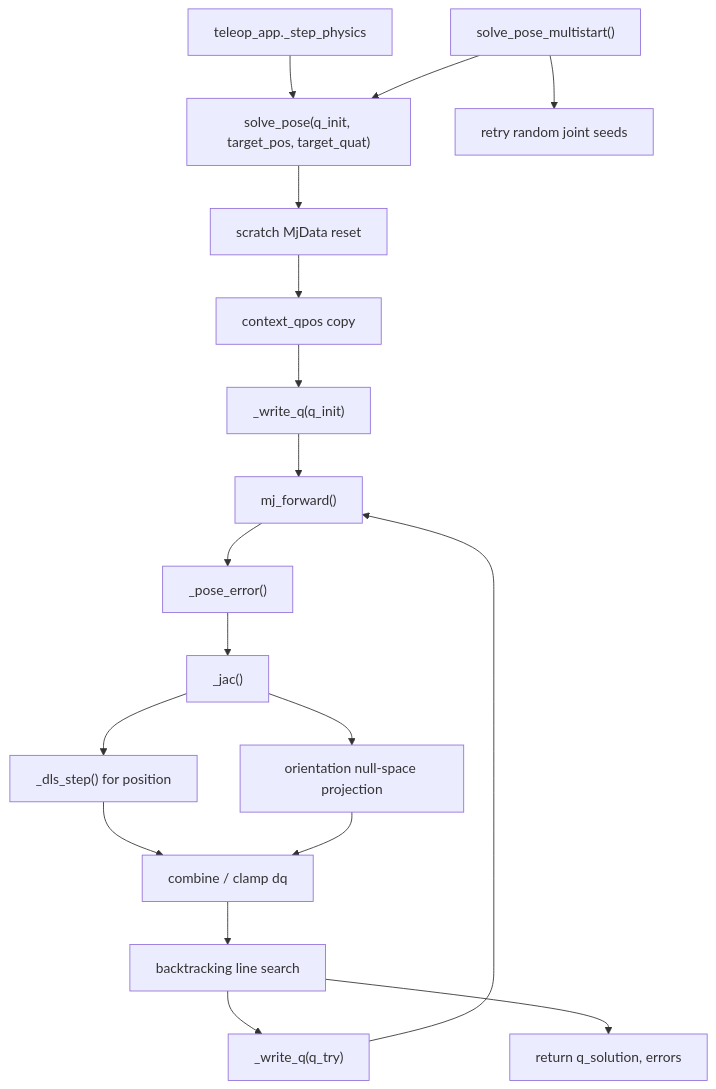
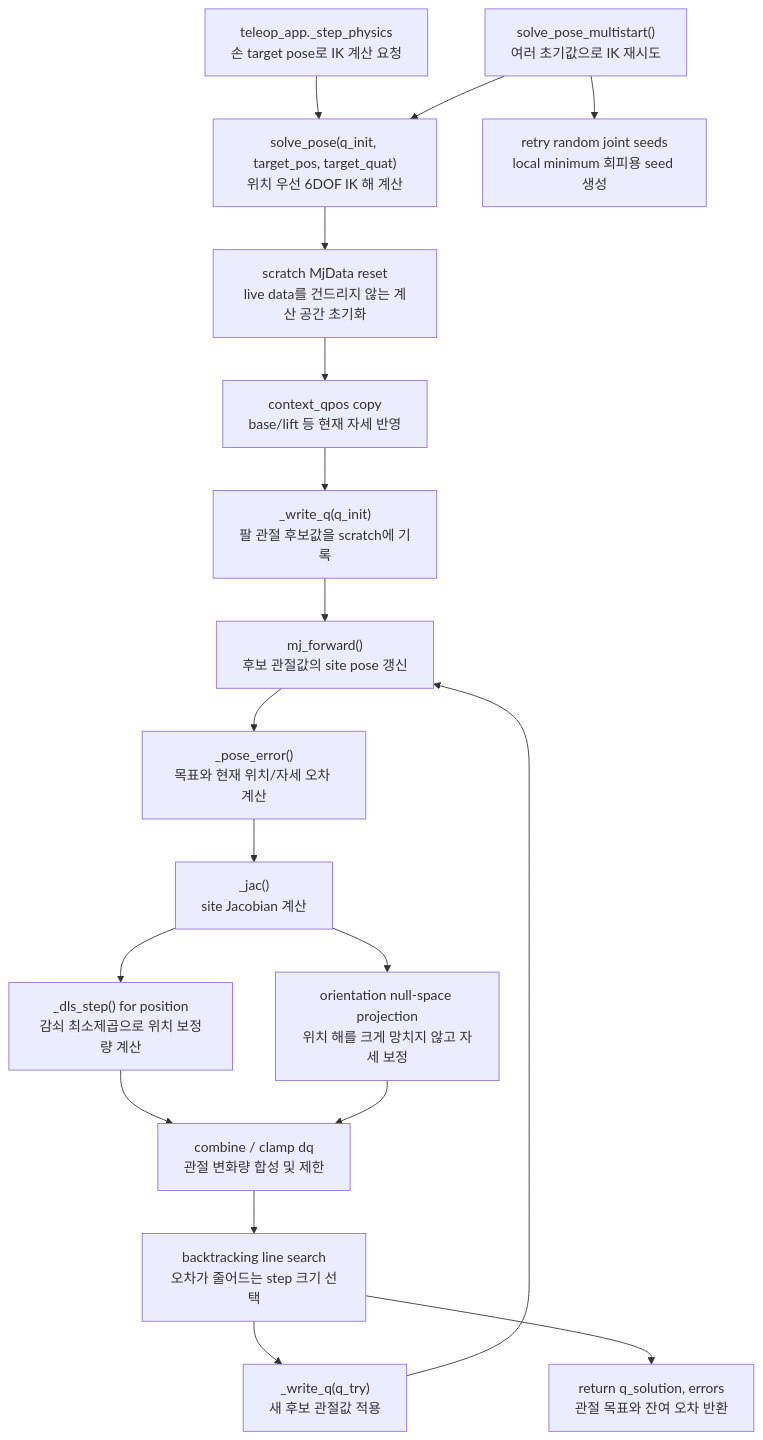
Before and after one commit to ggh-png/ffw-sh5-grasp: the diagram in docs/guide/ik.md, drawn with Mermaid. The commit also changed 9 other files, not shown here.

Commit message:
Improve docs diagrams and add project link

````diff
--- a/docs/guide/ik.md
+++ b/docs/guide/ik.md
@@ -34,21 +34,21 @@
 ```mermaid
 flowchart TD
-    A["teleop_app._step_physics"] --> B["solve_pose(q_init, target_pos, target_quat)"]
-    B --> C["scratch MjData reset"]
-    C --> D["context_qpos copy"]
-    D --> E["_write_q(q_init)"]
-    E --> F["mj_forward()"]
-    F --> G["_pose_error()"]
-    G --> H["_jac()"]
-    H --> I["_dls_step() for position"]
-    H --> J["orientation null-space projection"]
-    I --> K["combine / clamp dq"]
+    A["teleop_app._step_physics<br>손 target pose로 IK 계산 요청"] --> B["solve_pose(q_init, target_pos, target_quat)<br>위치 우선 6DOF IK 해 계산"]
+    B --> C["scratch MjData reset<br>live data를 건드리지 않는 계산 공간 초기화"]
+    C --> D["context_qpos copy<br>base/lift 등 현재 자세 반영"]
+    D --> E["_write_q(q_init)<br>팔 관절 후보값을 scratch에 기록"]
+    E --> F["mj_forward()<br>후보 관절값의 site pose 갱신"]
+    F --> G["_pose_error()<br>목표와 현재 위치/자세 오차 계산"]
+    G --> H["_jac()<br>site Jacobian 계산"]
+    H --> I["_dls_step() for position<br>감쇠 최소제곱으로 위치 보정량 계산"]
+    H --> J["orientation null-space projection<br>위치 해를 크게 망치지 않고 자세 보정"]
+    I --> K["combine / clamp dq<br>관절 변화량 합성 및 제한"]
     J --> K
-    K --> L["backtracking line search"]
-    L --> M["_write_q(q_try)"]
+    K --> L["backtracking line search<br>오차가 줄어드는 step 크기 선택"]
+    L --> M["_write_q(q_try)<br>새 후보 관절값 적용"]
     M --> F
-    L --> N["return q_solution, errors"]
+    L --> N["return q_solution, errors<br>관절 목표와 잔여 오차 반환"]
 
-    O["solve_pose_multistart()"] --> B
-    O --> P["retry random joint seeds"]
+    O["solve_pose_multistart()<br>여러 초기값으로 IK 재시도"] --> B
+    O --> P["retry random joint seeds<br>local minimum 회피용 seed 생성"]
 ```
````
